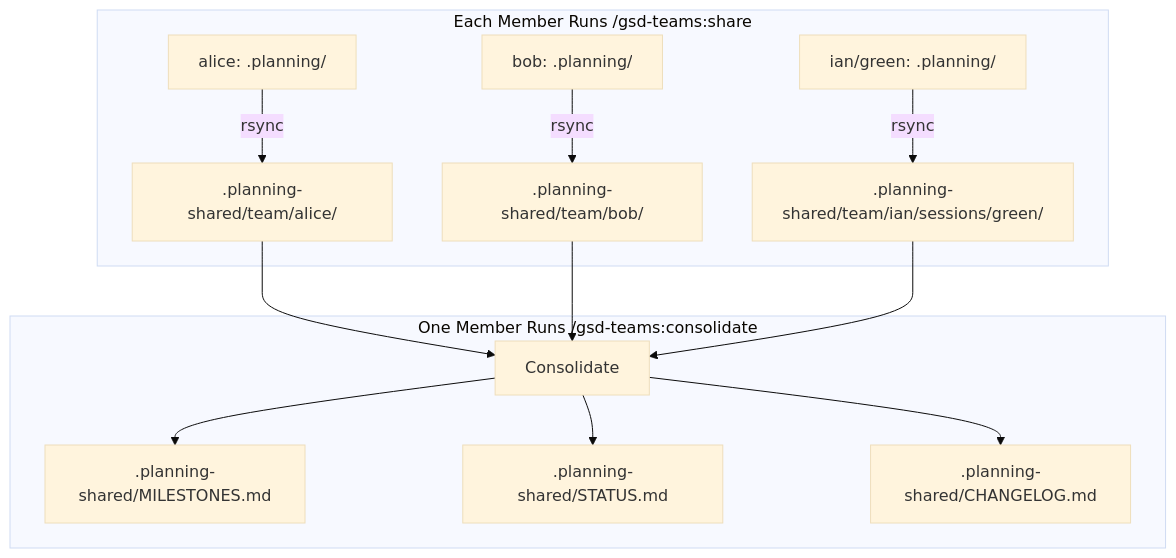
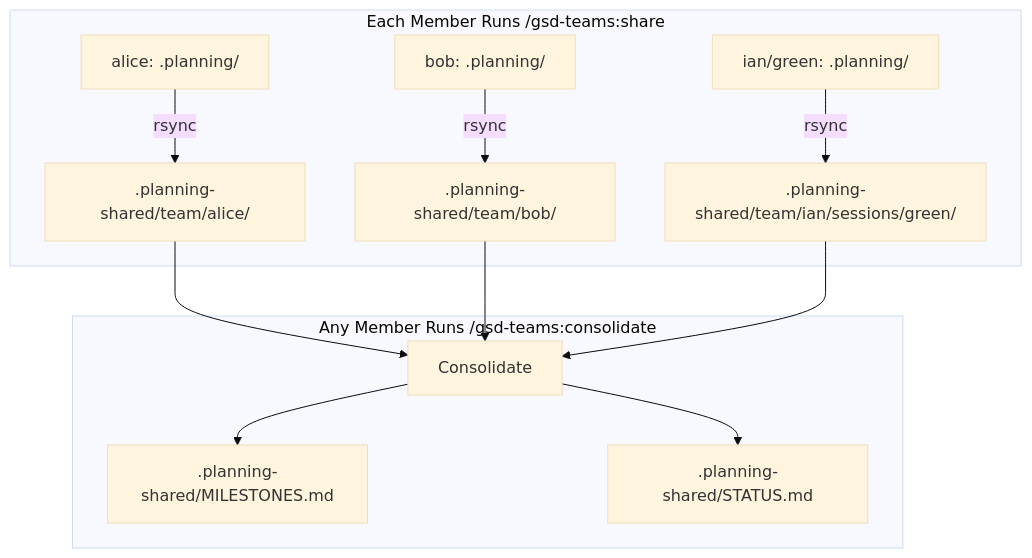
One commit to ianwsperber/gsd-teams changed the diagram in README.md. Above: the diagram before and after it, drawn with Mermaid (base theme). The commit also changed other lines of this file, not shown here.

Commit message:
docs: fix README diagram labels, move CHANGELOG under share, add multi-session example

````diff
--- a/README.md
+++ b/README.md
@@ -44,15 +44,14 @@
 ```mermaid
 flowchart TD
     subgraph "Each Member Runs /gsd-teams:share"
         P1["alice: .planning/"] -->|rsync| S1[".planning-shared/team/alice/"]
         P2["bob: .planning/"] -->|rsync| S2[".planning-shared/team/bob/"]
         P3["ian/green: .planning/"] -->|rsync| S3[".planning-shared/team/ian/sessions/green/"]
     end
 
-    subgraph "One Member Runs /gsd-teams:consolidate"
+    subgraph "Any Member Runs /gsd-teams:consolidate"
         S1 & S2 & S3 --> C[Consolidate]
         C --> M[".planning-shared/MILESTONES.md"]
         C --> ST[".planning-shared/STATUS.md"]
-        C --> CL[".planning-shared/CHANGELOG.md"]
     end
 ```
````
